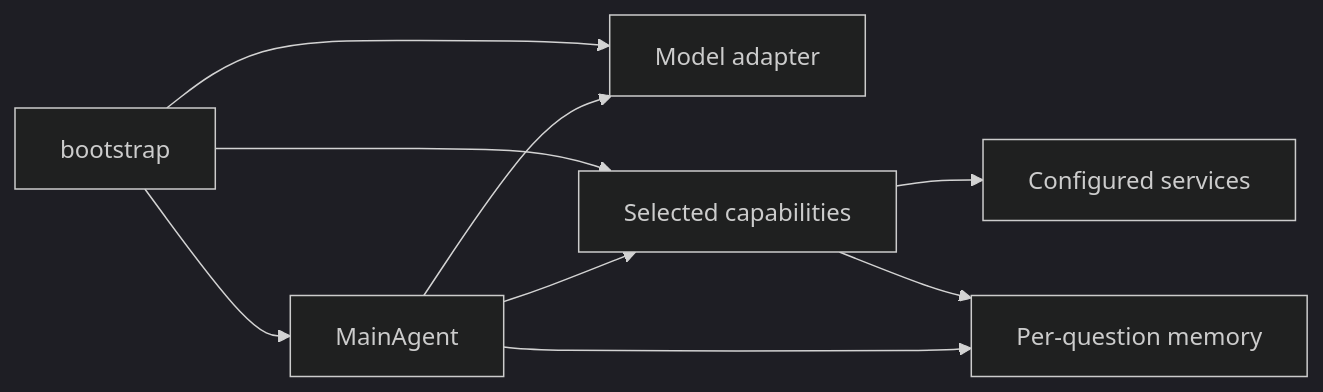
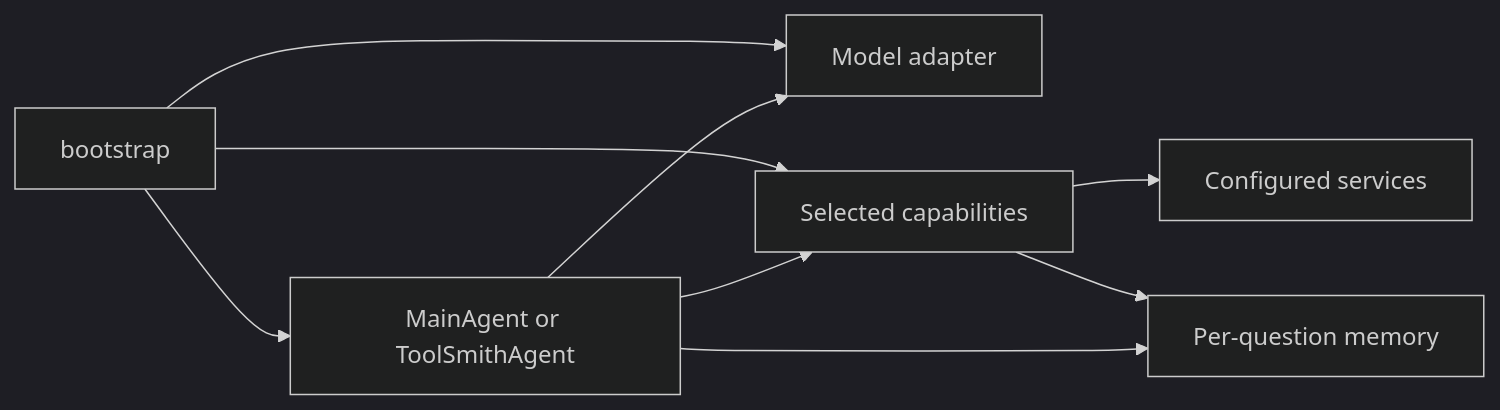
Before and after one commit to uclanlp/OpenVLHarness: the diagram in docs/runtime.md, drawn with Mermaid (dark theme). The commit also changed other lines of this file and 88 other files, not shown here.

````diff
--- a/docs/runtime.md
+++ b/docs/runtime.md
@@ -7,11 +11,11 @@
 ```mermaid
 flowchart LR
-    B[bootstrap] --> A[MainAgent]
+    B[bootstrap] --> A[MainAgent or ToolSmithAgent]
     B --> M[Model adapter]
     B --> C[Selected capabilities]
     A --> M
     A --> C
     C --> S[Configured services]
     C --> R[Per-question memory]
     A --> R
 ```
````
